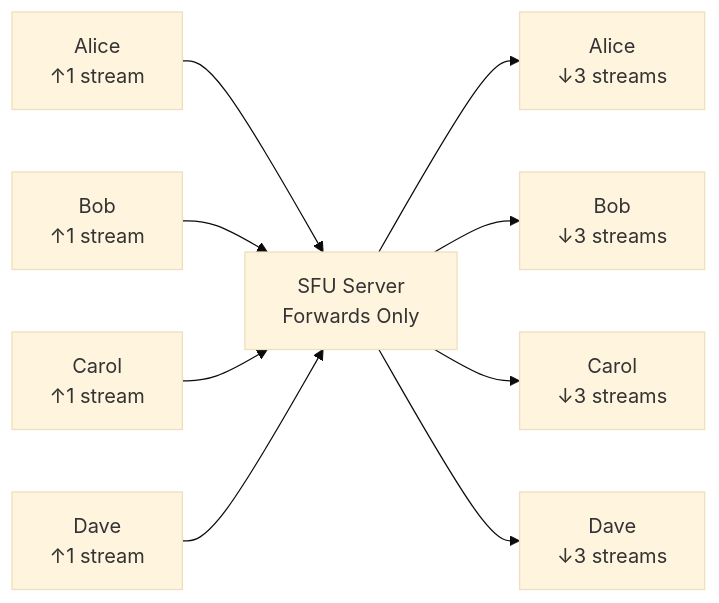
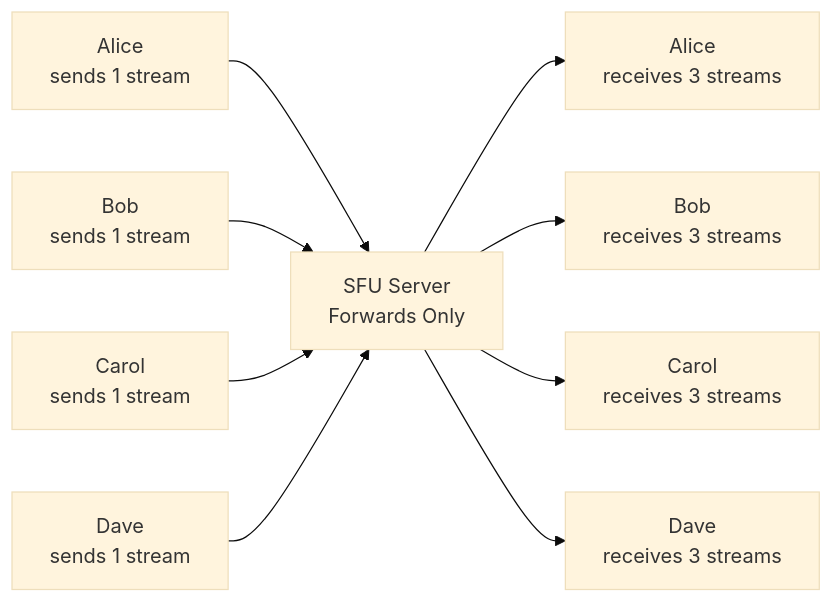
One commit to zJUNAIDz/vibe-learning-dump changed the fourth of 4 diagrams in WebRTC/08-group-calls-architecture.md. Above: the diagram before and after it, drawn with Mermaid (base theme). The commit also changed other lines of this file and 7 other files, not shown here.

Commit message:
mermaid diagram fixes

````diff
--- a/WebRTC/08-group-calls-architecture.md
+++ b/WebRTC/08-group-calls-architecture.md
@@ -100,11 +100,11 @@
 ```mermaid
 graph LR
-    A[Alice<br/>↑1 stream] --> S[SFU Server<br/>Forwards Only]
-    B[Bob<br/>↑1 stream] --> S
-    C[Carol<br/>↑1 stream] --> S
-    D[Dave<br/>↑1 stream] --> S
-    S --> A2[Alice<br/>↓3 streams]
-    S --> B2[Bob<br/>↓3 streams]
-    S --> C2[Carol<br/>↓3 streams]
-    S --> D2[Dave<br/>↓3 streams]
+    A[Alice<br/>sends 1 stream] --> S[SFU Server<br/>Forwards Only]
+    B[Bob<br/>sends 1 stream] --> S
+    C[Carol<br/>sends 1 stream] --> S
+    D[Dave<br/>sends 1 stream] --> S
+    S --> A2[Alice<br/>receives 3 streams]
+    S --> B2[Bob<br/>receives 3 streams]
+    S --> C2[Carol<br/>receives 3 streams]
+    S --> D2[Dave<br/>receives 3 streams]
 ```
````
